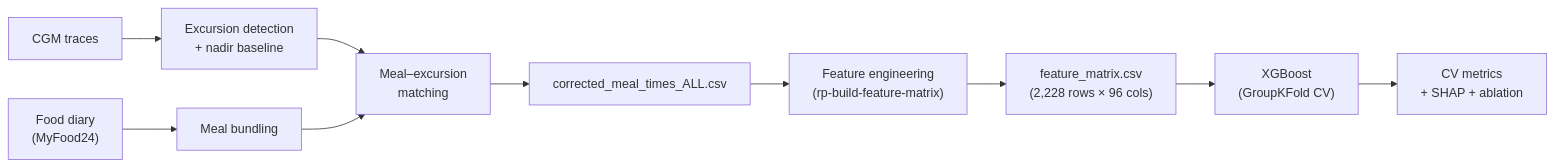
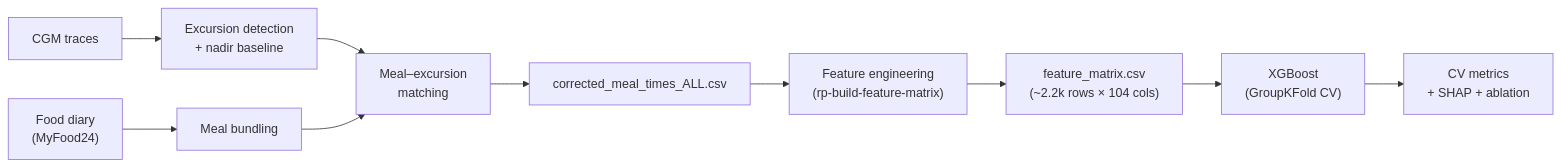
One commit to jmsorando/BS-Research-Project-Personalized-Glucose-Prediction changed the diagram in README.md. Above: the diagram before and after it, drawn with Mermaid. The commit also changed other lines of this file and 24 other files, not shown here.

First line of the commit message:
Restore 12-feature glycaemic group; ablation matrix MAE; retrain outputs

````diff
--- a/README.md
+++ b/README.md
@@ -27,12 +27,12 @@
 ```mermaid
 flowchart LR
     A["CGM traces"] --> B["Excursion detection\n+ nadir baseline"]
     C["Food diary\n(MyFood24)"] --> D["Meal bundling"]
     B --> E["Meal–excursion\nmatching"]
     D --> E
     E --> F["corrected_meal_times_ALL.csv"]
     F --> G["Feature engineering\n(rp-build-feature-matrix)"]
-    G --> H["feature_matrix.csv\n(2,228 rows × 96 cols)"]
+    G --> H["feature_matrix.csv\n(~2.2k rows × 104 cols)"]
     H --> I["XGBoost\n(GroupKFold CV)"]
     I --> J["CV metrics\n+ SHAP + ablation"]
 ```
````
